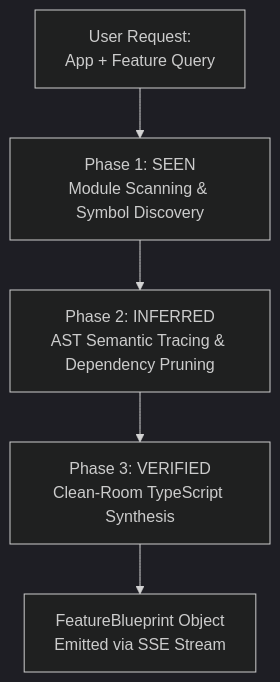
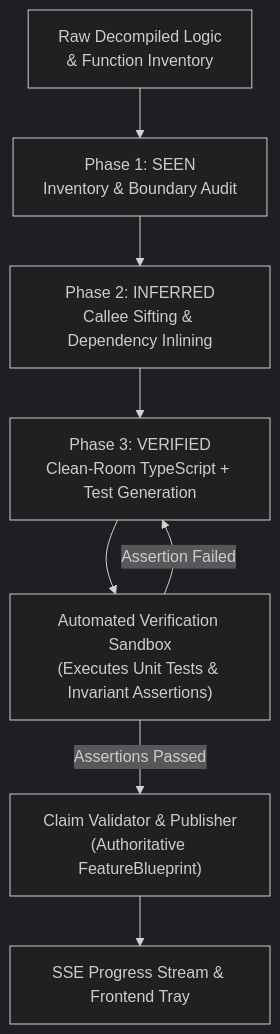
Before and after one commit to OSU-Hackathon-Team/HackOHIO_2026: the first of 2 diagrams in agents/feature_extraction.md, drawn with Mermaid (dark theme). The commit also changed other lines of this file and 9 other files, not shown here.

````diff
--- a/agents/feature_extraction.md
+++ b/agents/feature_extraction.md
@@ -24,7 +13,10 @@
 ```mermaid
 flowchart TD
-    A["User Request:<br/>App + Feature Query"] --> B["Phase 1: SEEN<br/>Module Scanning & Symbol Discovery"]
-    B --> C["Phase 2: INFERRED<br/>AST Semantic Tracing & Dependency Pruning"]
-    C --> D["Phase 3: VERIFIED<br/>Clean-Room TypeScript Synthesis"]
-    D --> E["FeatureBlueprint Object<br/>Emitted via SSE Stream"]
+    A["Raw Decompiled Logic<br/>& Function Inventory"] --> B["Phase 1: SEEN<br/>Inventory & Boundary Audit"]
+    B --> C["Phase 2: INFERRED<br/>Callee Sifting & Dependency Inlining"]
+    C --> D["Phase 3: VERIFIED<br/>Clean-Room TypeScript + Test Generation"]
+    D --> E["Automated Verification Sandbox<br/>(Executes Unit Tests & Invariant Assertions)"]
+    E -->|Assertions Passed| F["Claim Validator & Publisher<br/>(Authoritative FeatureBlueprint)"]
+    E -->|Assertion Failed| D
+    F --> G["SSE Progress Stream & Frontend Tray"]
 ```
````
